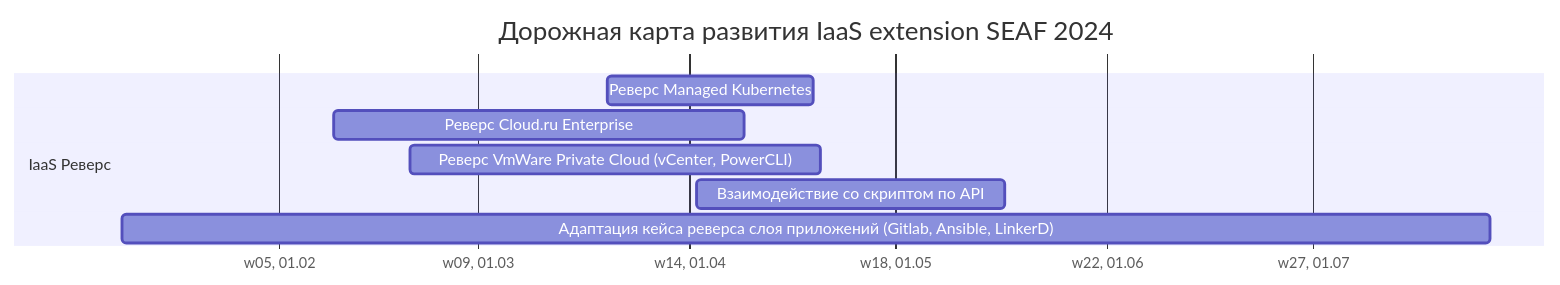
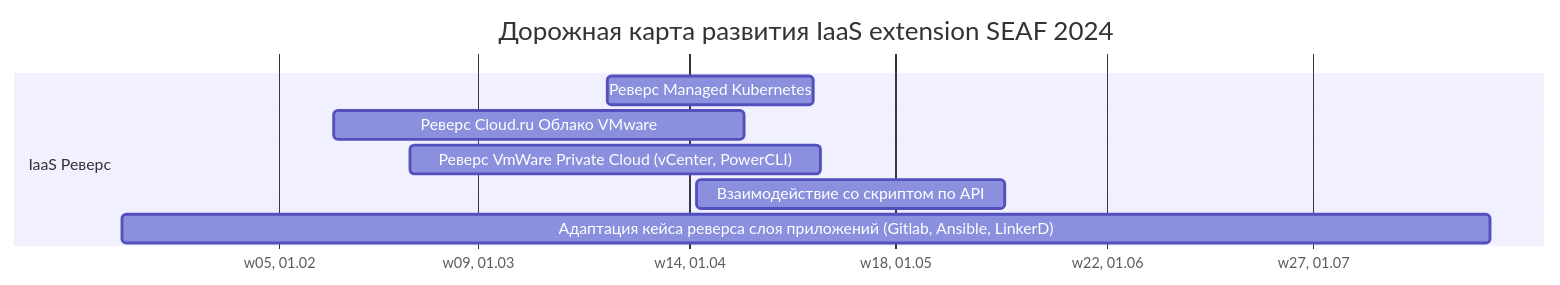
One commit to SEAFTeam/iaas changed the diagram in docs/SEAF_IAAS_Roadmap_2024.mmd. Above: the diagram before and after it, drawn with Mermaid. The commit also changed 96 other files, not shown here.

```diff
--- a/docs/SEAF_IAAS_Roadmap_2024.mmd
+++ b/docs/SEAF_IAAS_Roadmap_2024.mmd
@@ -1,10 +1,10 @@
 gantt
     dateFormat  YY-MM-DD
     axisFormat w%W, %d.%m
     title       Дорожная карта развития IaaS extension SEAF 2024
     section IaaS Реверс
         Реверс Managed Kubernetes                                           :       24-03-20, 30d
-        Реверс Cloud.ru Enterprise                                          :       24-02-09, 60d
+        Реверс Cloud.ru Облако VMware                                          :       24-02-09, 60d
         Реверс VmWare Private Cloud (vCenter, PowerCLI)                     :       24-02-20, 60d
         Взаимодействие со скриптом по API                                   :       24-04-02, 45d
         Адаптация кейса реверса слоя приложений (Gitlab, Ansible, LinkerD)  :       24-01-09, 200d
```
